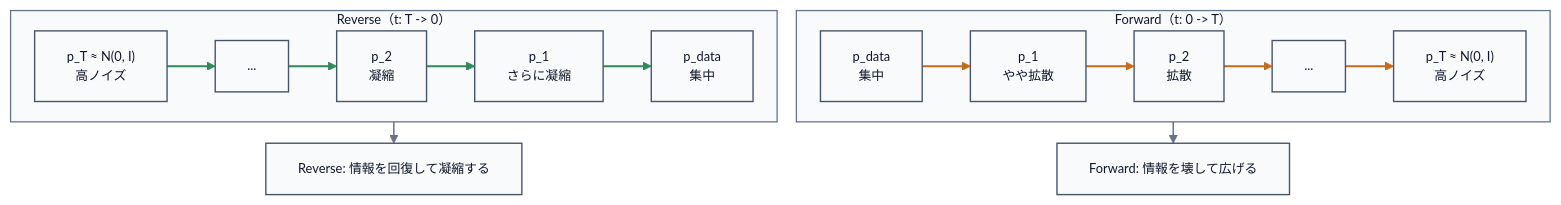
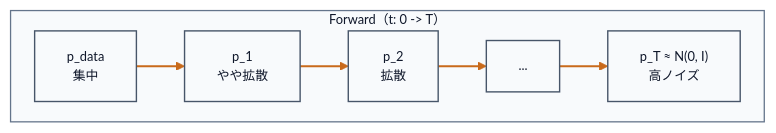
The first of 2 diagrams in site/series/09.md (shirayu/geometry-of-ai), drawn with Mermaid before and after one commit.

Commit message:
mermaidの修正

````diff
--- a/site/series/09.md
+++ b/site/series/09.md
@@ -293,30 +293,16 @@
 ```mermaid
 %%{init: {"themeVariables": {"fontSize": "12px"}, "flowchart": {"nodeSpacing": 18, "rankSpacing": 20}} }%%
-graph TD
+graph LR
     subgraph F["Forward（t: 0 -> T）"]
+        direction LR
         F0["p_data<br/>集中"] --> F1["p_1<br/>やや拡散"]
         F1 --> F2["p_2<br/>拡散"]
         F2 --> Fd["..."]
         Fd --> FT["p_T ≈ N(0, I)<br/>高ノイズ"]
     end
 
-    subgraph R["Reverse（t: T -> 0）"]
-        RT["p_T ≈ N(0, I)<br/>高ノイズ"] --> Rd["..."]
-        Rd --> R2["p_2<br/>凝縮"]
-        R2 --> R1["p_1<br/>さらに凝縮"]
-        R1 --> R0["p_data<br/>集中"]
-    end
-
-    NoteF["Forward: 情報を壊して広げる"]:::state
-    NoteR["Reverse: 情報を回復して凝縮する"]:::state
-    F --> NoteF
-    R --> NoteR
-
     classDef state fill:#F8FAFC,stroke:#475569,stroke-width:1.3px,color:#0F172A;
-    class F0,F1,F2,Fd,FT,RT,Rd,R2,R1,R0,NoteF,NoteR state;
+    class F0,F1,F2,Fd,FT state;
     style F fill:#F8FAFC,stroke:#64748B,stroke-width:1.2px,color:#0F172A;
-    style R fill:#F8FAFC,stroke:#64748B,stroke-width:1.2px,color:#0F172A;
     linkStyle 0,1,2,3 stroke:#C96A1B,stroke-width:2px;
-    linkStyle 4,5,6,7 stroke:#2E8B57,stroke-width:2px;
-    linkStyle 8,9 stroke:#6B7280,stroke-width:1.4px;
 ```
````
